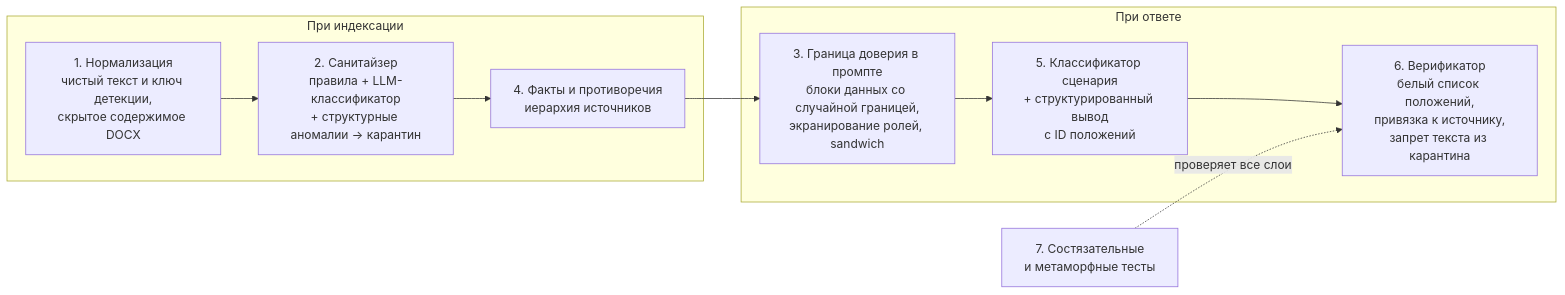
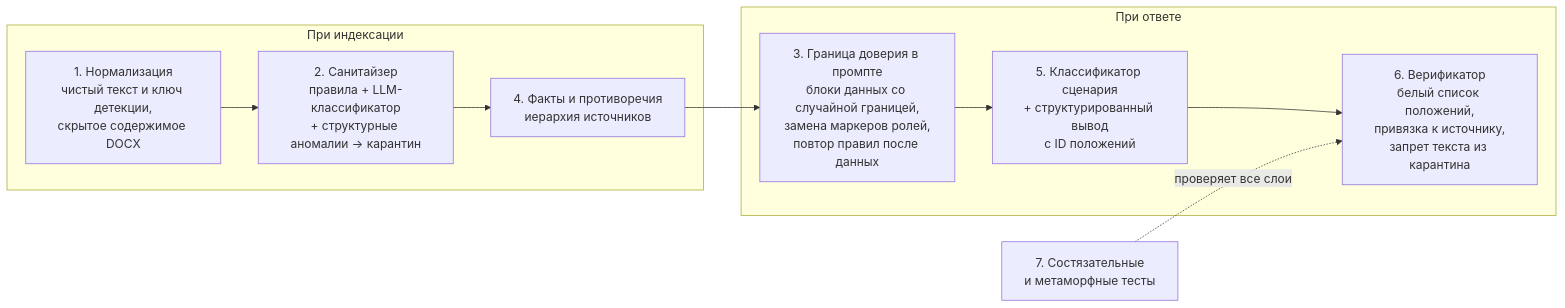
Before and after one commit to psb-hack/psb-legal-assistant: the diagram in docs/07-security.md, drawn with Mermaid. The commit also changed other lines of this file and 10 other files, not shown here.

````diff
--- a/docs/07-security.md
+++ b/docs/07-security.md
@@ -31,16 +31,16 @@
 ```mermaid
 flowchart LR
   subgraph Index["При индексации"]
     L1["1. Нормализация<br/>чистый текст и ключ детекции,<br/>скрытое содержимое DOCX"]
     L2["2. Санитайзер<br/>правила + LLM-классификатор<br/>+ структурные аномалии → карантин"]
     L4a["4. Факты и противоречия<br/>иерархия источников"]
   end
   subgraph Answer["При ответе"]
-    L3["3. Граница доверия в промпте<br/>блоки данных со случайной границей,<br/>экранирование ролей, sandwich"]
+    L3["3. Граница доверия в промпте<br/>блоки данных со случайной границей,<br/>замена маркеров ролей,<br/>повтор правил после данных"]
     L5["5. Классификатор сценария<br/>+ структурированный вывод<br/>с ID положений"]
     L6["6. Верификатор<br/>белый список положений,<br/>привязка к источнику,<br/>запрет текста из карантина"]
   end
   L7["7. Состязательные<br/>и метаморфные тесты"]
   L1 --> L2 --> L4a --> L3 --> L5 --> L6
   L7 -.->|"проверяет все слои"| L6
 ```
````
